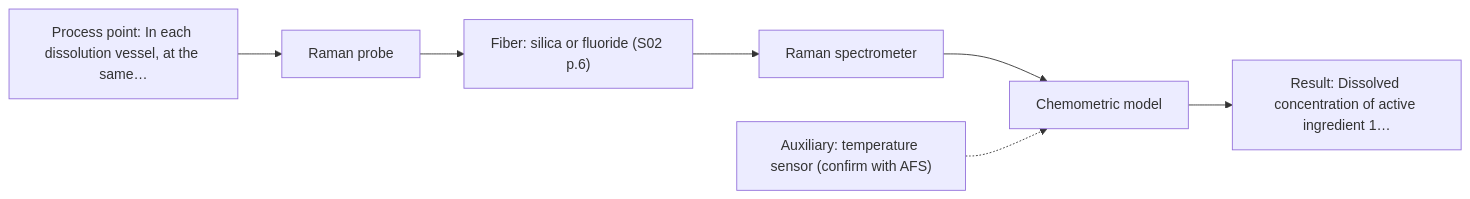
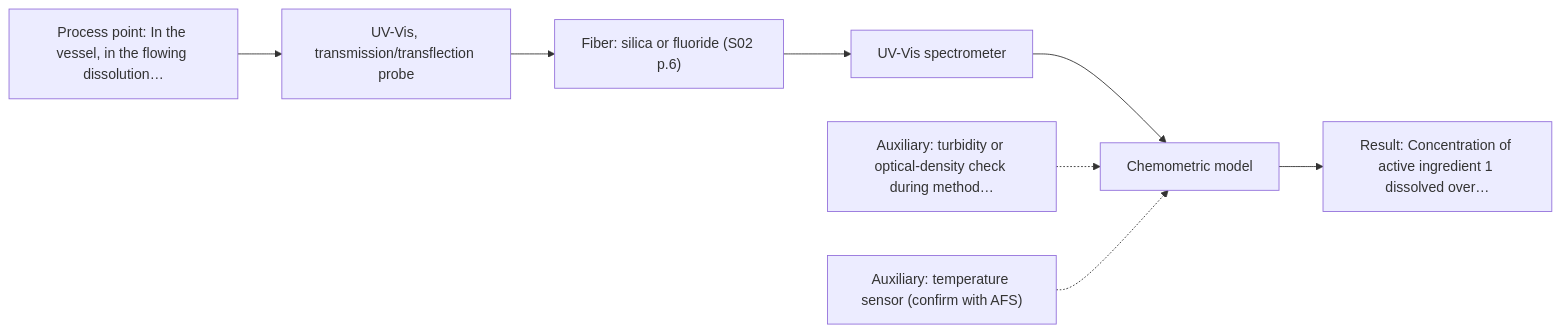
One commit to sleipnir029/Afs-Spectroscopy-Assistant changed the first of 2 diagrams in outputs/adversarial/A02.md. Above: the diagram before and after it, drawn with Mermaid. The commit also changed other lines of this file and 41 other files, not shown here.

````diff
--- a/outputs/adversarial/A02.md
+++ b/outputs/adversarial/A02.md
@@ -38,16 +38,18 @@
 ```mermaid
 flowchart LR
-    proc["Process point: In each dissolution vessel, at the same…"]
-    probe1["Raman probe"]
+    proc["Process point: In the vessel, in the flowing dissolution…"]
+    probe1["UV-Vis, transmission/transflection probe"]
     fiber1["Fiber: silica or fluoride (S02 p.6)"]
-    spec1["Raman spectrometer"]
+    spec1["UV-Vis spectrometer"]
     model["Chemometric model"]
-    result["Result: Dissolved concentration of active ingredient 1…"]
-    aux1["Auxiliary: temperature sensor (confirm with AFS)"]
+    result["Result: Concentration of active ingredient 1 dissolved over…"]
+    aux1["Auxiliary: turbidity or optical-density check during method…"]
+    aux2["Auxiliary: temperature sensor (confirm with AFS)"]
     proc --> probe1
     probe1 --> fiber1
     fiber1 --> spec1
     spec1 --> model
     model --> result
     aux1 -.-> model
+    aux2 -.-> model
 ```
````
